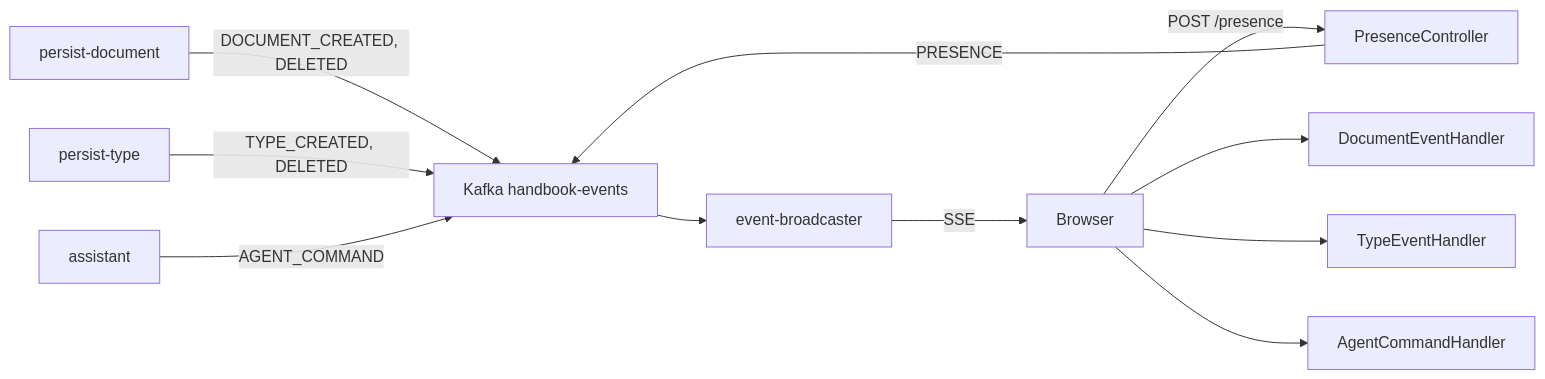
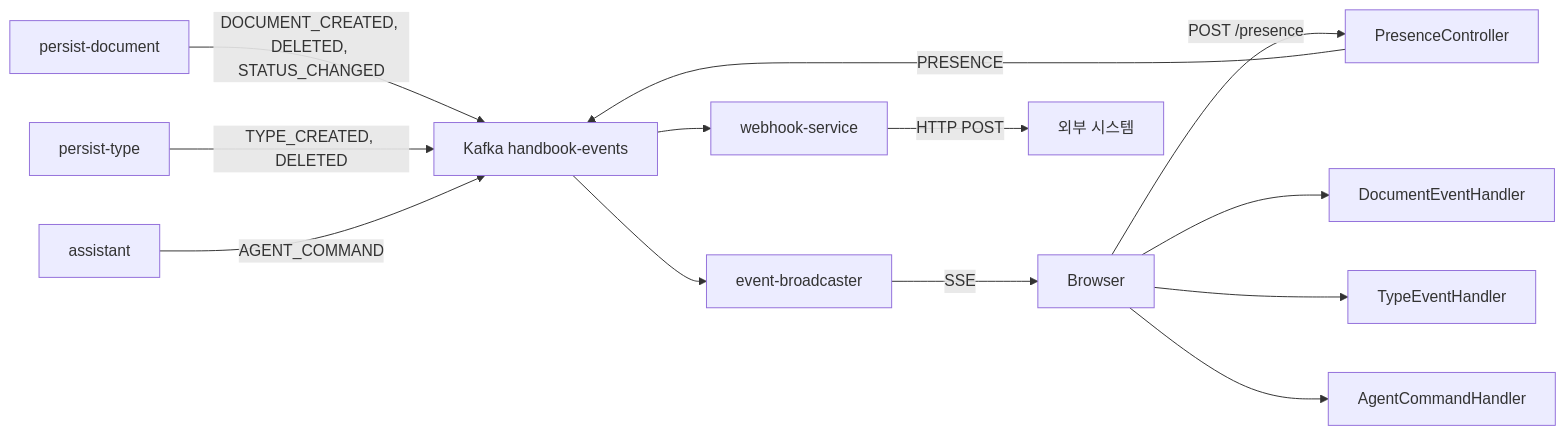
The diagram in docs/kafka-events.md (sayaya1090/handbook), drawn with Mermaid before and after one commit. The commit also changed other lines of this file and 311 other files, not shown here.

````diff
--- a/docs/kafka-events.md
+++ b/docs/kafka-events.md
@@ -9,13 +9,15 @@
 ```mermaid
 flowchart LR
-    PD["persist-document"] -->|"DOCUMENT_CREATED, DELETED"| K["Kafka handbook-events"]
+    PD["persist-document"] -->|"DOCUMENT_CREATED, DELETED, STATUS_CHANGED"| K["Kafka handbook-events"]
     PT["persist-type"] -->|"TYPE_CREATED, DELETED"| K
     AS["assistant"] -->|"AGENT_COMMAND"| K
     Browser -->|"POST /presence"| PC["PresenceController"]
     PC -->|"PRESENCE"| K
     K --> EB["event-broadcaster"]
+    K --> WH["webhook-service"]
+    WH -->|"HTTP POST"| Ext["외부 시스템"]
     EB -->|"SSE"| Browser
     Browser --> DocHandler["DocumentEventHandler"]
     Browser --> TypeHandler["TypeEventHandler"]
     Browser --> AgentHandler["AgentCommandHandler"]
 ```
````
